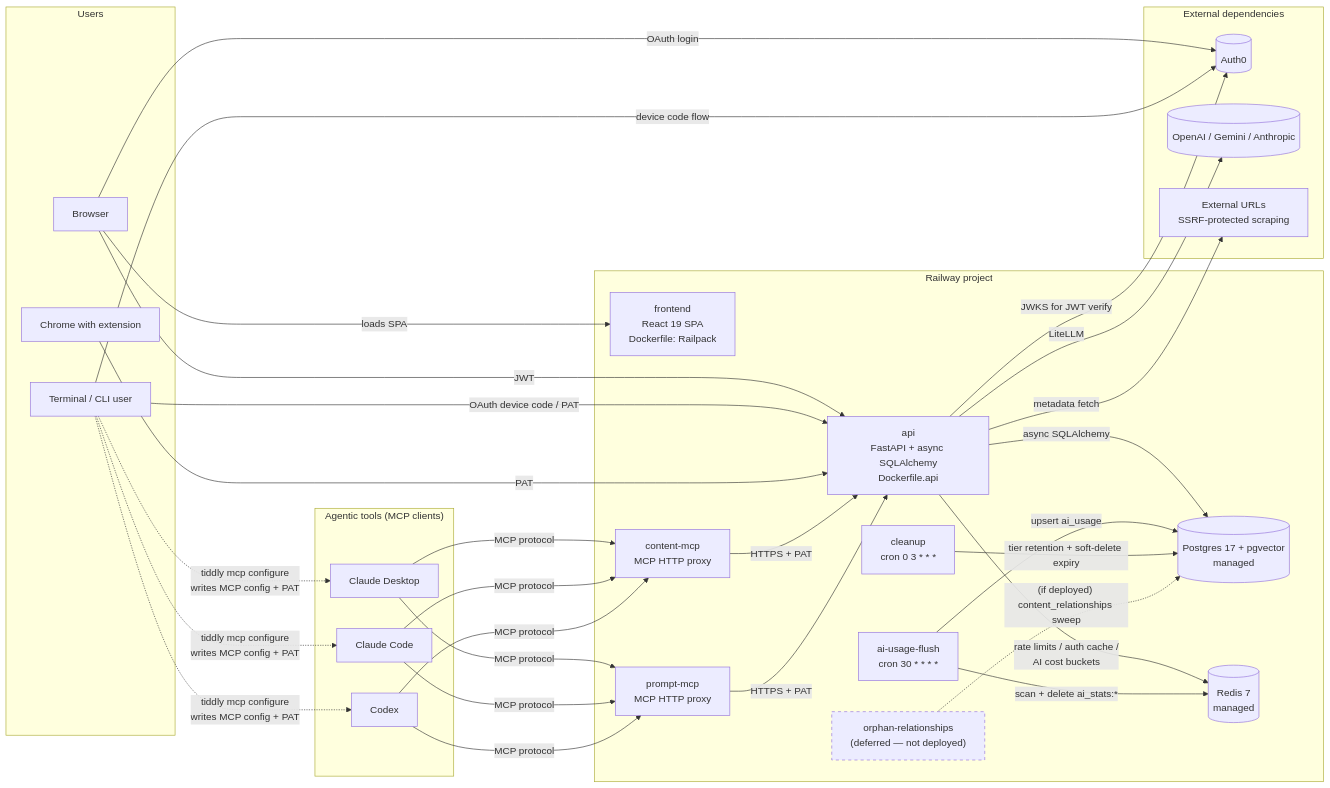
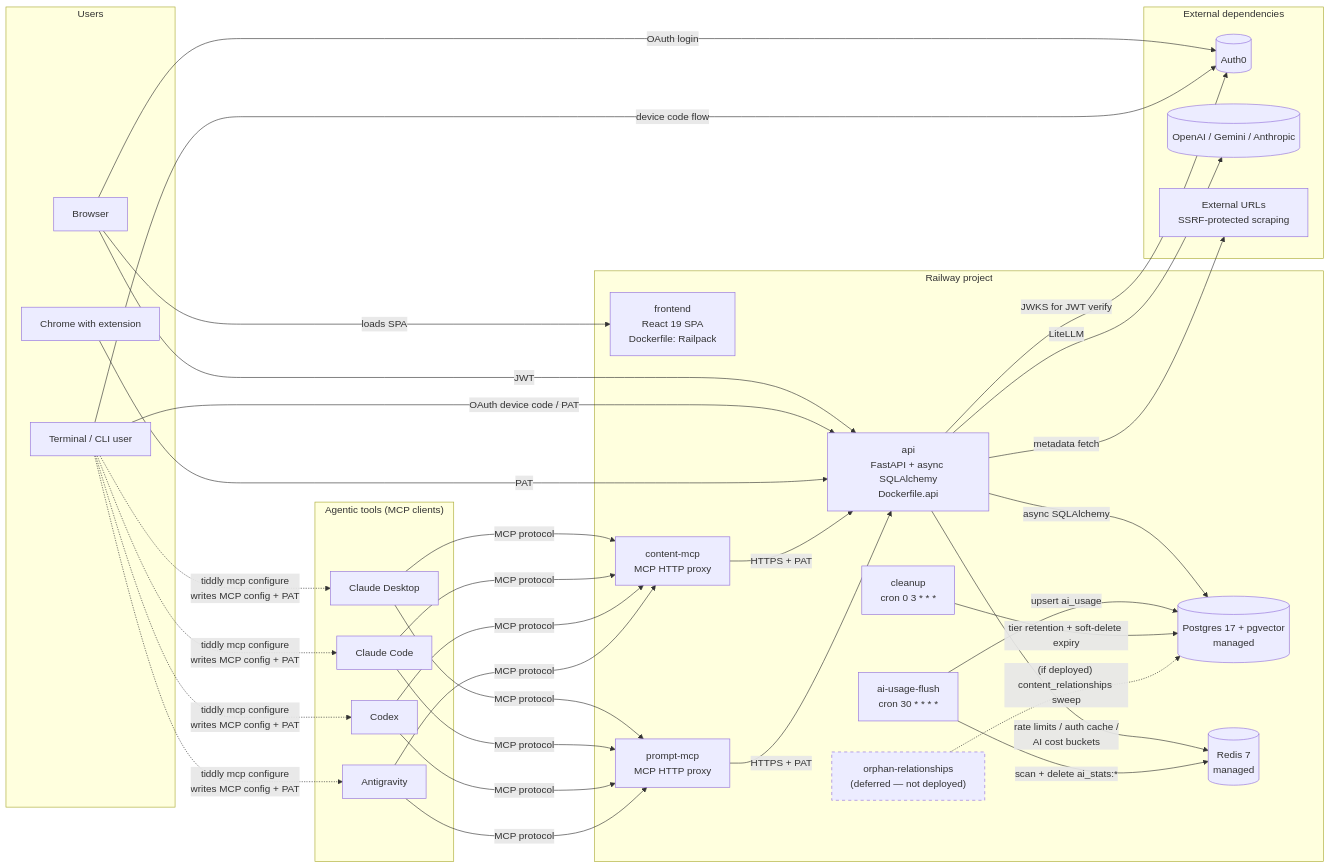
Before and after one commit to shane-kercheval/tiddly: the diagram in docs/architecture.md, drawn with Mermaid. The commit also changed other lines of this file and 26 other files, not shown here.

First line of the commit message:
Add Antigravity MCP support; remove manual setup flow (#137)

````diff
--- a/docs/architecture.md
+++ b/docs/architecture.md
@@ -11,74 +11,78 @@
 ```mermaid
 flowchart LR
     %% External actors / dependencies
     subgraph Users["Users"]
         Browser[Browser]
         CLITerm[Terminal / CLI user]
         ChromeBrowser[Chrome with extension]
     end
 
     subgraph AgenticTools["Agentic tools (MCP clients)"]
         ClaudeDesktop[Claude Desktop]
         ClaudeCode[Claude Code]
         Codex[Codex]
+        Antigravity[Antigravity]
     end
 
     subgraph ExternalDeps["External dependencies"]
         Auth0[(Auth0)]
         LLMs[(OpenAI / Gemini / Anthropic)]
         Scrape[External URLs\nSSRF-protected scraping]
     end
 
     %% Internal services
     subgraph Railway["Railway project"]
         Frontend["frontend\nReact 19 SPA\nDockerfile: Railpack"]
         API["api\nFastAPI + async SQLAlchemy\nDockerfile.api"]
         ContentMCP["content-mcp\nMCP HTTP proxy"]
         PromptMCP["prompt-mcp\nMCP HTTP proxy"]
         FlushCron["ai-usage-flush\ncron 30 * * * *"]
         CleanupCron["cleanup\ncron 0 3 * * *"]
         OrphanCron["orphan-relationships\n(deferred — not deployed)"]
         Postgres[("Postgres 17 + pgvector\nmanaged")]
         Redis[("Redis 7\nmanaged")]
     end
 
     %% User flows
     Browser -->|"loads SPA"| Frontend
     Browser -->|"OAuth login"| Auth0
     Browser -->|"JWT"| API
     CLITerm -->|"OAuth device code / PAT"| API
     CLITerm -->|"device code flow"| Auth0
     ChromeBrowser -->|"PAT"| API
 
     %% CLI configures agentic tools (one-time setup, writes local config files)
     CLITerm -.->|"tiddly mcp configure\nwrites MCP config + PAT"| ClaudeDesktop
     CLITerm -.->|"tiddly mcp configure\nwrites MCP config + PAT"| ClaudeCode
     CLITerm -.->|"tiddly mcp configure\nwrites MCP config + PAT"| Codex
+    CLITerm -.->|"tiddly mcp configure\nwrites MCP config + PAT"| Antigravity
 
     %% Agentic tool flows
     ClaudeDesktop -->|"MCP protocol"| ContentMCP
     ClaudeDesktop -->|"MCP protocol"| PromptMCP
     ClaudeCode -->|"MCP protocol"| ContentMCP
     ClaudeCode -->|"MCP protocol"| PromptMCP
     Codex -->|"MCP protocol"| ContentMCP
     Codex -->|"MCP protocol"| PromptMCP
+    Antigravity -->|"MCP protocol"| ContentMCP
+    Antigravity -->|"MCP protocol"| PromptMCP
 
     ContentMCP -->|"HTTPS + PAT"| API
     PromptMCP -->|"HTTPS + PAT"| API
 
     %% API fan-out
     API -->|"async SQLAlchemy"| Postgres
     API -->|"rate limits / auth cache /\nAI cost buckets"| Redis
     API -->|"JWKS for JWT verify"| Auth0
     API -->|"LiteLLM"| LLMs
     API -->|"metadata fetch"| Scrape
 
     %% Cron flows
     FlushCron -->|"scan + delete ai_stats:*"| Redis
     FlushCron -->|"upsert ai_usage"| Postgres
     CleanupCron -->|"tier retention + soft-delete expiry"| Postgres
     OrphanCron -.->|"(if deployed) content_relationships sweep"| Postgres
 
     classDef deferred stroke-dasharray: 5 5;
     class OrphanCron deferred;
 ```
````
